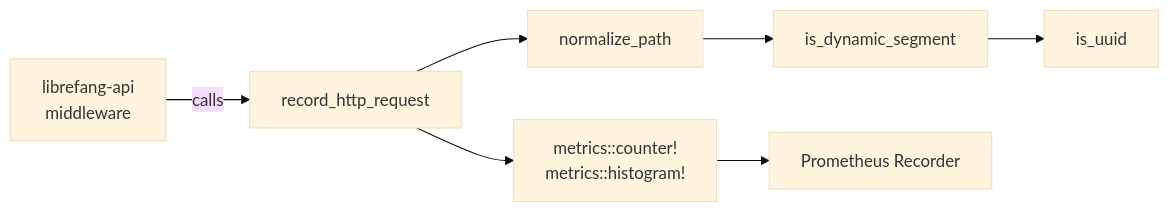
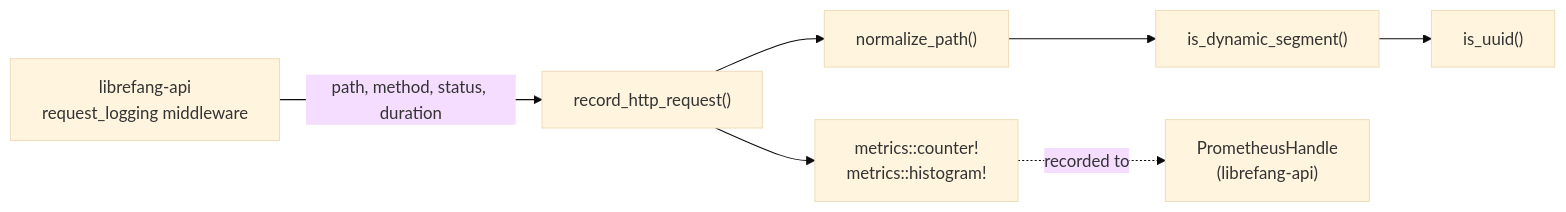
One commit to leszek3737/librefang-WIki changed the diagram in infrastructure-utilities-librefang-telemetry-src.md. Above: the diagram before and after it, drawn with Mermaid (base theme). The commit also changed other lines of this file and 94 other files, not shown here.

````diff
--- a/infrastructure-utilities-librefang-telemetry-src.md
+++ b/infrastructure-utilities-librefang-telemetry-src.md
@@ -9,9 +11,17 @@
 ```mermaid
 flowchart LR
-    A[librefang-api<br>middleware] -->|calls| B[record_http_request]
-    B --> C[normalize_path]
-    C --> D[is_dynamic_segment]
-    D --> E[is_uuid]
-    B --> F["metrics::counter!<br>metrics::histogram!"]
-    F --> G[Prometheus Recorder]
+    MW["librefang-api<br/>request_logging middleware"]
+    RHR["record_http_request()"]
+    NP["normalize_path()"]
+    IDS["is_dynamic_segment()"]
+    IU["is_uuid()"]
+    MC["metrics::counter!<br/>metrics::histogram!"]
+    PROM["PrometheusHandle<br/>(librefang-api)"]
+
+    MW -->|"path, method, status, duration"| RHR
+    RHR --> NP
+    NP --> IDS
+    IDS --> IU
+    RHR --> MC
+    MC -.->|"recorded to"| PROM
 ```
````
